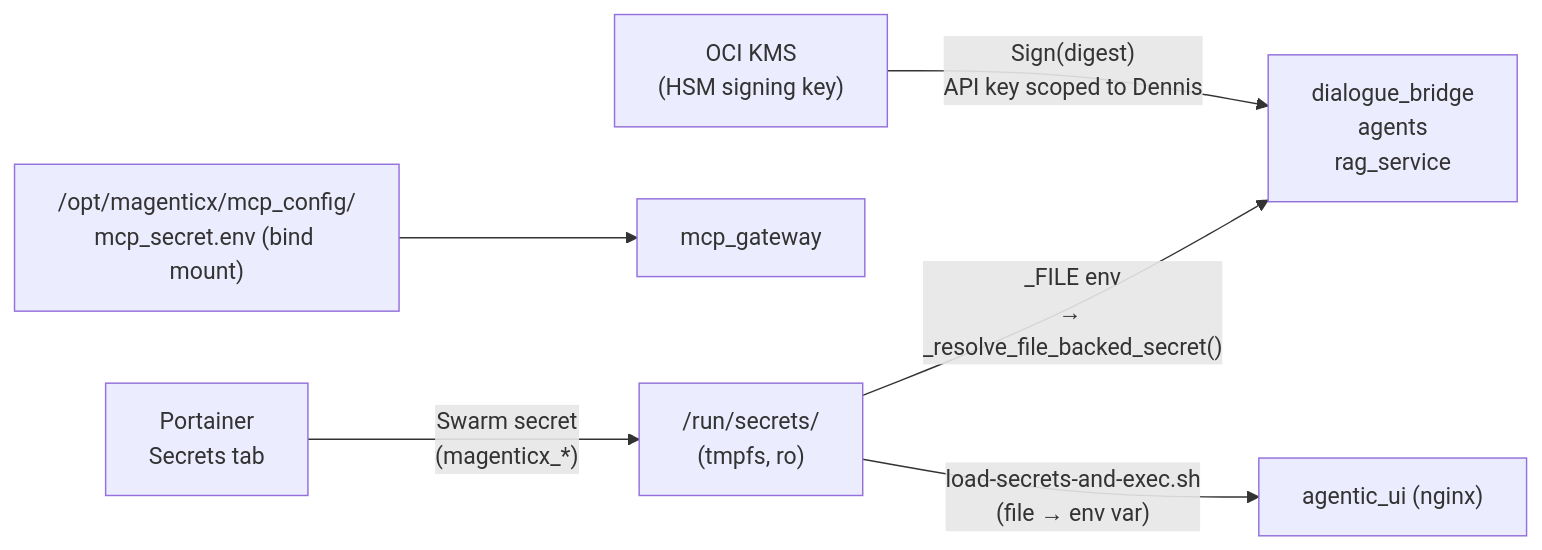
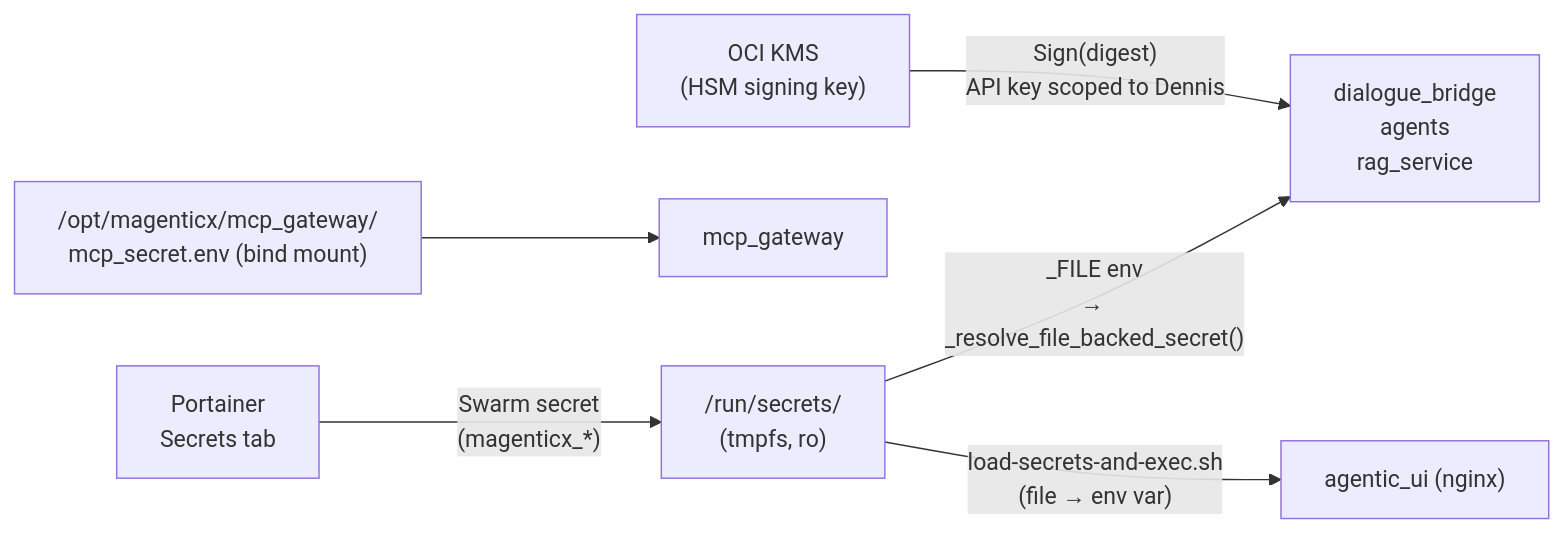
Before and after one commit to konstantinosmpouros/mAgenticX: the diagram in docs/architecture/secrets.md, drawn with Mermaid. The commit also changed other lines of this file and 17 other files, not shown here.

Commit message:
chore(deploy,docs): merge the MCP gateway into the core local stack, no host port and on by default; Dennis keeps it as plain Compose in /opt/magenticx/mcp_gateway with a fixed project name

````diff
--- a/docs/architecture/secrets.md
+++ b/docs/architecture/secrets.md
@@ -9,8 +9,8 @@
 ```mermaid
 flowchart LR
     Portainer["Portainer\nSecrets tab"] -->|"Swarm secret\n(magenticx_*)"| Tmpfs["/run/secrets/<alias>\n(tmpfs, ro)"]
     Tmpfs -->|"<NAME>_FILE env\n→ _resolve_file_backed_secret()"| Py["dialogue_bridge\nagents\nrag_service"]
     Tmpfs -->|"load-secrets-and-exec.sh\n(file → env var)"| Nginx["agentic_ui (nginx)"]
-    File["/opt/magenticx/mcp_config/\nmcp_secret.env (bind mount)"] --> Gw["mcp_gateway"]
+    File["/opt/magenticx/mcp_gateway/\nmcp_secret.env (bind mount)"] --> Gw["mcp_gateway"]
     KMS["OCI KMS\n(HSM signing key)"] -->|"Sign(digest)\nAPI key scoped to Dennis"| Py
 ```
````
